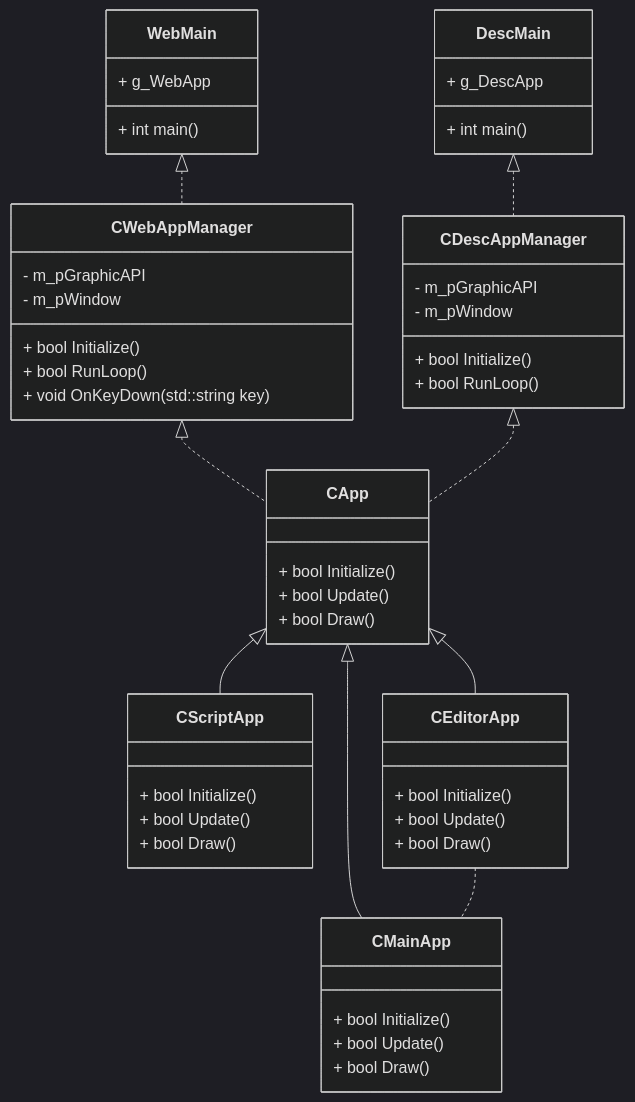
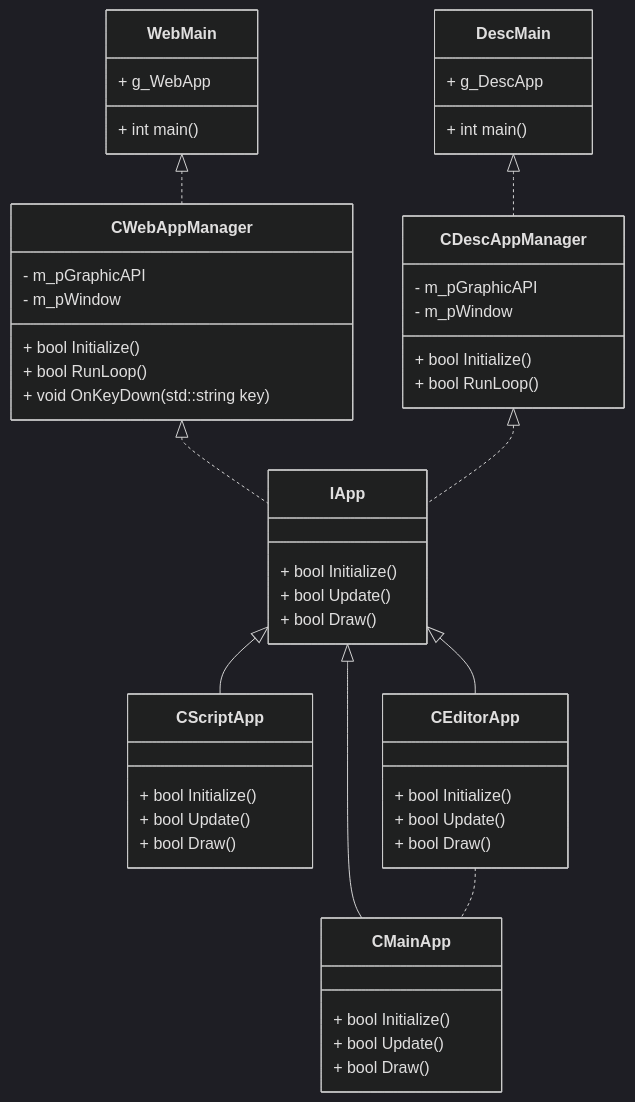
One commit to HaruoOgawa/Garnet changed the diagram in Garnet/UML/BaseStructure.md. Above: the diagram before and after it, drawn with Mermaid (dark theme).

````diff
--- a/Garnet/UML/BaseStructure.md
+++ b/Garnet/UML/BaseStructure.md
@@ -1,65 +1,65 @@
 ```mermaid
 classDiagram
     class WebMain{
         + g_WebApp
         + int main()
     }
     
     class CWebAppManager{
         - m_pGraphicAPI
         - m_pWindow
         + bool Initialize()
         + bool RunLoop()
         + void OnKeyDown(std::string key)
     }
     
     WebMain <|.. CWebAppManager
     
     class DescMain{
         + g_DescApp
         + int main()
     }
     
     class CDescAppManager{
         - m_pGraphicAPI
         - m_pWindow
         + bool Initialize()
         + bool RunLoop()
     }
     
     DescMain <|.. CDescAppManager
     
-    class CApp{
+    class IApp{
         + bool Initialize()
         + bool Update()
         + bool Draw()
     }
     
-    CWebAppManager <|.. CApp
-    CDescAppManager <|.. CApp
+    CWebAppManager <|.. IApp
+    CDescAppManager <|.. IApp
     
     class CScriptApp{
         + bool Initialize()
         + bool Update()
         + bool Draw()
     }
     
-    CApp <|-- CScriptApp
+    IApp <|-- CScriptApp
     
     class CEditorApp{
         + bool Initialize()
         + bool Update()
         + bool Draw()
     }
     
-    CApp <|-- CEditorApp
+    IApp <|-- CEditorApp
     
     class CMainApp{
         + bool Initialize()
         + bool Update()
         + bool Draw()
     }
     
-    CApp <|-- CMainApp
+    IApp <|-- CMainApp
     CEditorApp .. CMainApp
 ```
````
